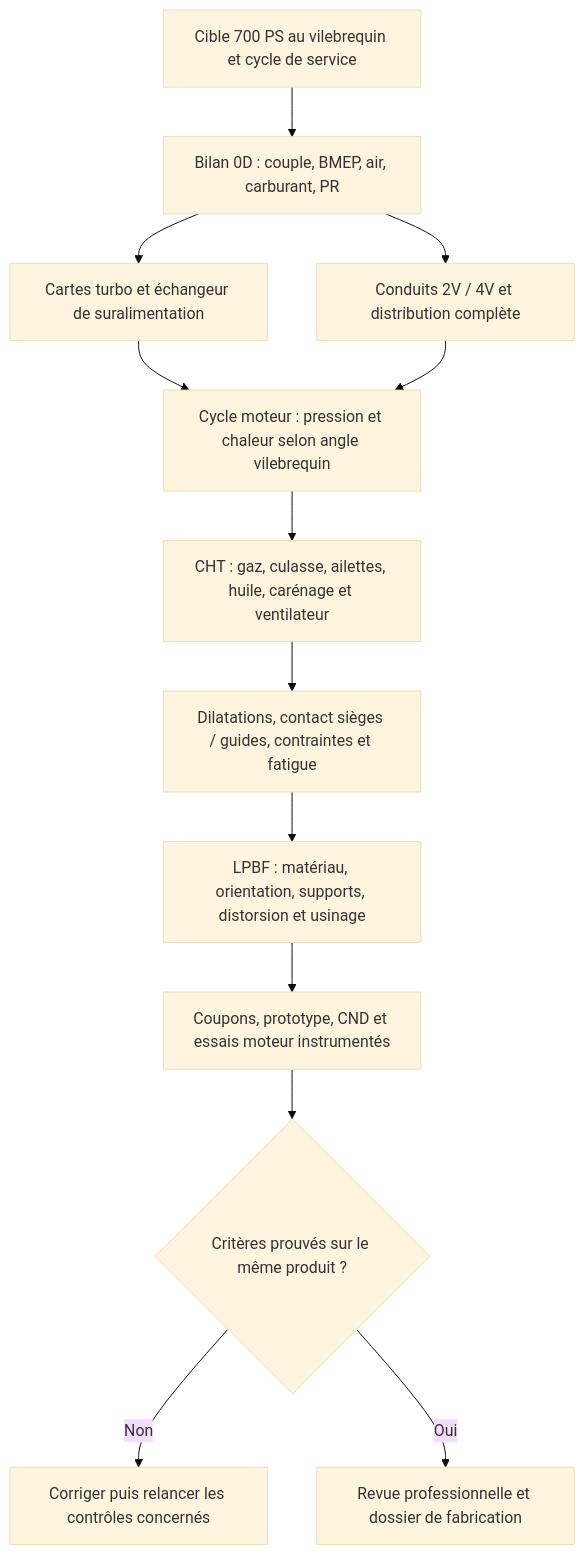
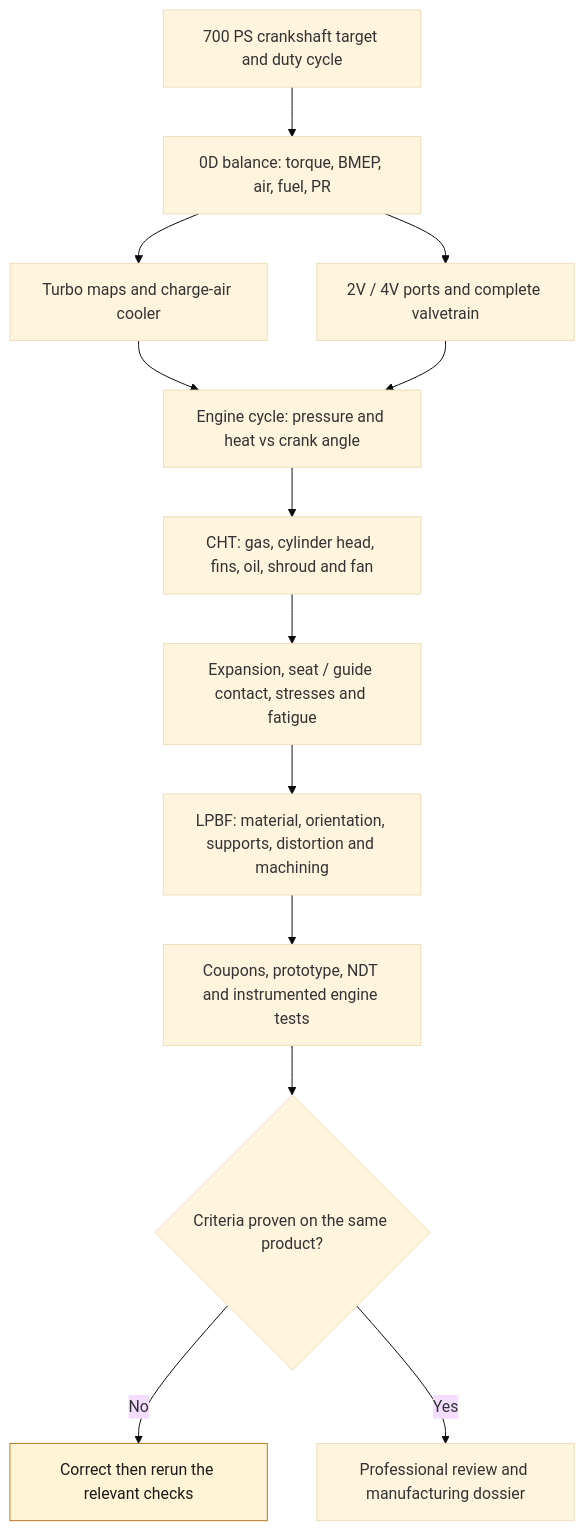
The diagram in docs/reports/M64_700CH_ENGINE_RESEARCH.md (cluster2600/porscheparts), drawn with Mermaid (base theme) before and after one commit. The commit also changed other lines of this file and 228 other files, not shown here.

````diff
--- a/docs/reports/M64_700CH_ENGINE_RESEARCH.md
+++ b/docs/reports/M64_700CH_ENGINE_RESEARCH.md
@@ -224,15 +224,17 @@
 ```mermaid
 flowchart TD
-    A["Cible 700 PS au vilebrequin et cycle de service"] --> B["Bilan 0D : couple, BMEP, air, carburant, PR"]
-    B --> C["Cartes turbo et échangeur de suralimentation"]
-    B --> D["Conduits 2V / 4V et distribution complète"]
-    C --> E["Cycle moteur : pression et chaleur selon angle vilebrequin"]
+    A["700 PS crankshaft target and duty cycle"] --> B["0D balance: torque, BMEP, air, fuel, PR"]
+    B --> C["Turbo maps and charge-air cooler"]
+    B --> D["2V / 4V ports and complete valvetrain"]
+    C --> E["Engine cycle: pressure and heat vs crank angle"]
     D --> E
-    E --> F["CHT : gaz, culasse, ailettes, huile, carénage et ventilateur"]
-    F --> G["Dilatations, contact sièges / guides, contraintes et fatigue"]
-    G --> H["LPBF : matériau, orientation, supports, distorsion et usinage"]
-    H --> I["Coupons, prototype, CND et essais moteur instrumentés"]
-    I --> J{"Critères prouvés sur le même produit ?"}
-    J -- Non --> L["Corriger puis relancer les contrôles concernés"]
-    J -- Oui --> K["Revue professionnelle et dossier de fabrication"]
+    E --> F["CHT: gas, cylinder head, fins, oil, shroud and fan"]
+    F --> G["Expansion, seat / guide contact, stresses and fatigue"]
+    G --> H["LPBF: material, orientation, supports, distortion and machining"]
+    H --> I["Coupons, prototype, NDT and instrumented engine tests"]
+    I --> J{"Criteria proven on the same product?"}
+    J -- No --> L["Correct then rerun the relevant checks"]
+    J -- Yes --> K["Professional review and manufacturing dossier"]
+    classDef open fill:#fff4d6,stroke:#b7791f,color:#1a1a1a;
+    class L open
 ```
````
